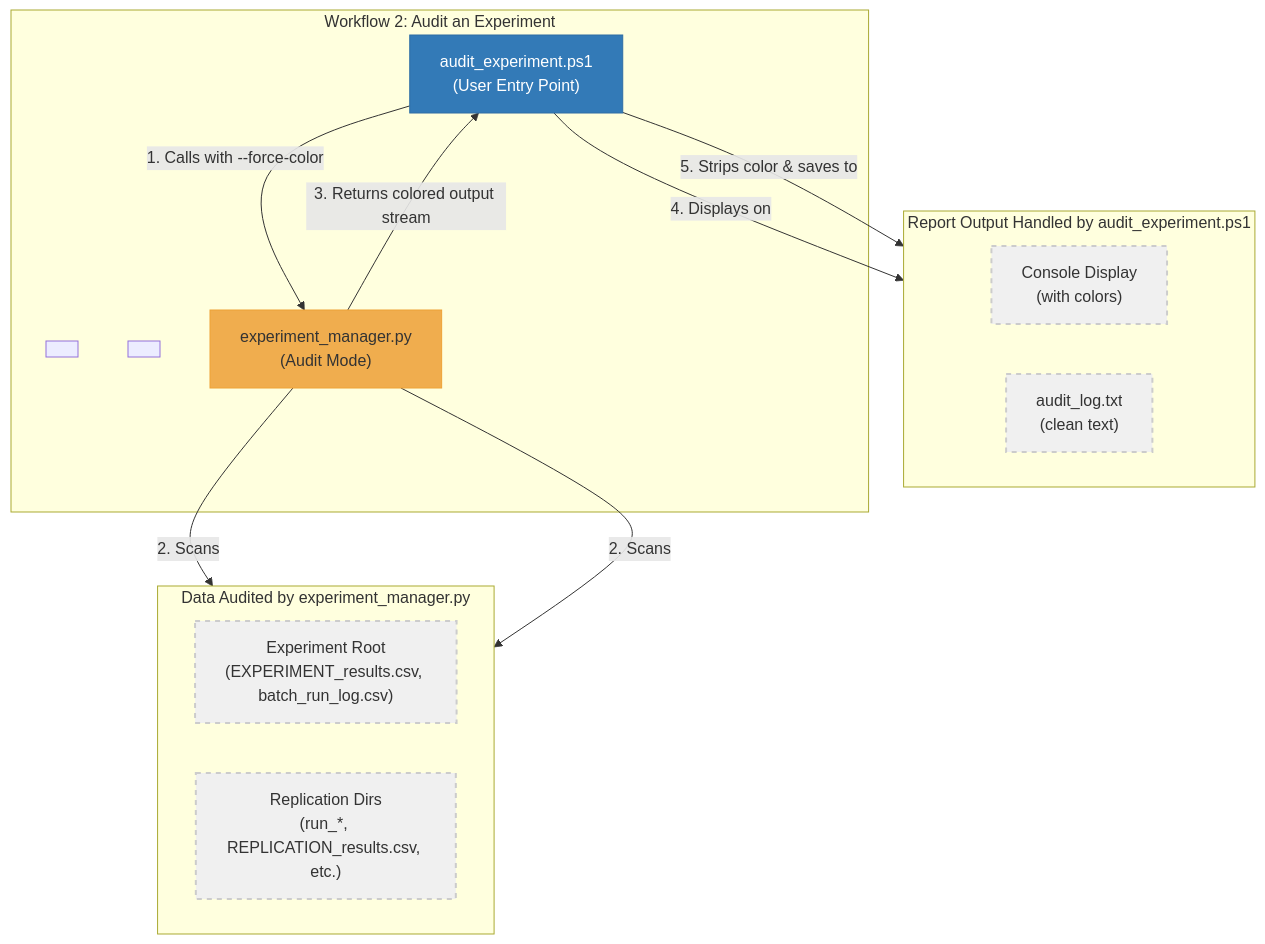
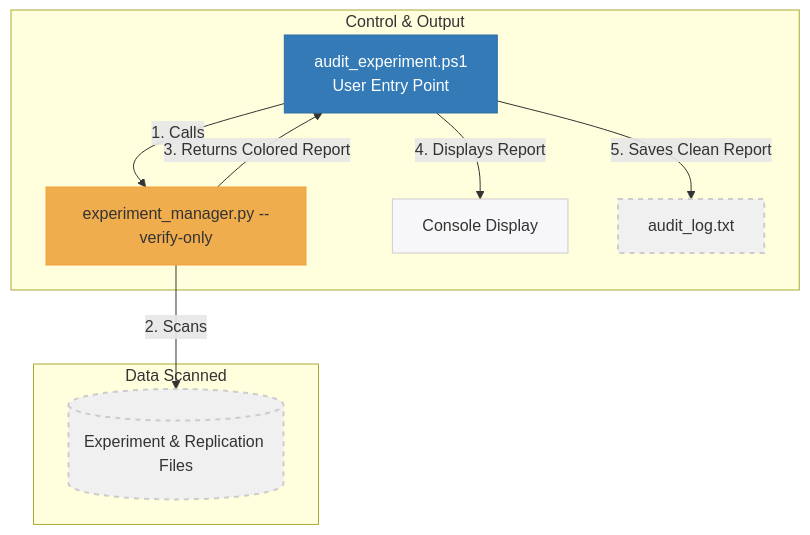
The diagram in docs/diagrams/architecture_workflow_2_audit_experiment.mmd (peterjmarko/llm-narrative-framework), drawn with Mermaid before and after one commit. The commit also changed 15 other files, not shown here.

```diff
--- a/docs/diagrams/architecture_workflow_2_audit_experiment.mmd
+++ b/docs/diagrams/architecture_workflow_2_audit_experiment.mmd
@@ -1,45 +1,22 @@
 graph TD
-    %% 1. Define all nodes first, including new ones for detail
-    EntryPointAudit["audit_experiment.ps1<br/>(User Entry Point)"]:::entry
-    AuditManager["experiment_manager.py<br/>(Audit Mode)"]:::layer_orange
-
-    subgraph "Data Audited by experiment_manager.py"
-        direction LR
-        ExperimentRoot["Experiment Root<br/>(EXPERIMENT_results.csv, batch_run_log.csv)"]:::artifact
-        ReplicationDirs["Replication Dirs<br/>(run_*, REPLICATION_results.csv, etc.)"]:::artifact
+    subgraph "Control & Output"
+        A[audit_experiment.ps1<br>User Entry Point]:::entry_ps
+        B[experiment_manager.py --verify-only]:::layer_orange
+        
+        A -- "1. Calls" --> B
+        B -- "3. Returns Colored Report" --> A
+        A -- "4. Displays Report" --> Console[Console Display]:::output
+        A -- "5. Saves Clean Report" --> Log[audit_log.txt]:::artifact
+    end
+    
+    subgraph "Data Scanned"
+        Files[(Experiment & Replication Files)]:::artifact
     end
 
-    subgraph "Report Output Handled by audit_experiment.ps1"
-        direction LR
-        ConsoleOut["Console Display<br/>(with colors)"]:::artifact
-        LogFile["audit_log.txt<br/>(clean text)"]:::artifact
-    end
+    B -- "2. Scans" --> Files
 
-    %% 2. Define connections to show the detailed flow
-    EntryPointAudit -- "1. Calls with --force-color" --> AuditManager
-    AuditManager -- "2. Scans" --> ExperimentRoot
-    AuditManager -- "2. Scans" --> ReplicationDirs
-    AuditManager -- "3. Returns colored output stream" --> EntryPointAudit
-    EntryPointAudit -- "4. Displays on" --> ConsoleOut
-    EntryPointAudit -- "5. Strips color & saves to" --> LogFile
-
-    %% 3. Group main components
-    subgraph "Workflow 2: Audit an Experiment"
-        EntryPointAudit
-        AuditManager
-        subgraph " "
-           direction TB
-            ExperimentRoot
-            ReplicationDirs
-        end
-        subgraph " "
-           direction TB
-            ConsoleOut
-            LogFile
-        end
-    end
-
-    %% 4. Styling (from original script)
-    classDef entry fill:#337ab7,stroke:#2e6da4,color:#fff;
+    %% Styling
+    classDef entry_ps fill:#337ab7,stroke:#2e6da4,color:#fff;
     classDef layer_orange fill:#f0ad4e,stroke:#eea236,color:#333;
+    classDef output fill:#f7f7f9,stroke:#ccc,color:#333;
     classDef artifact fill:#f0f0f0,stroke:#ccc,stroke-width:2px,stroke-dasharray: 5 5;
```
